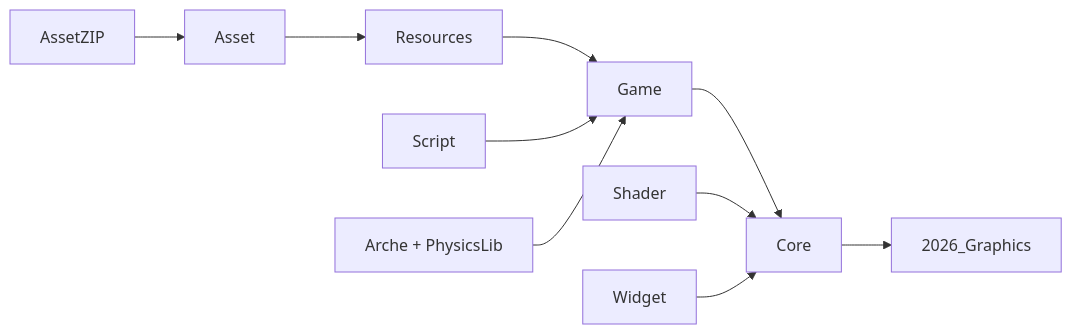
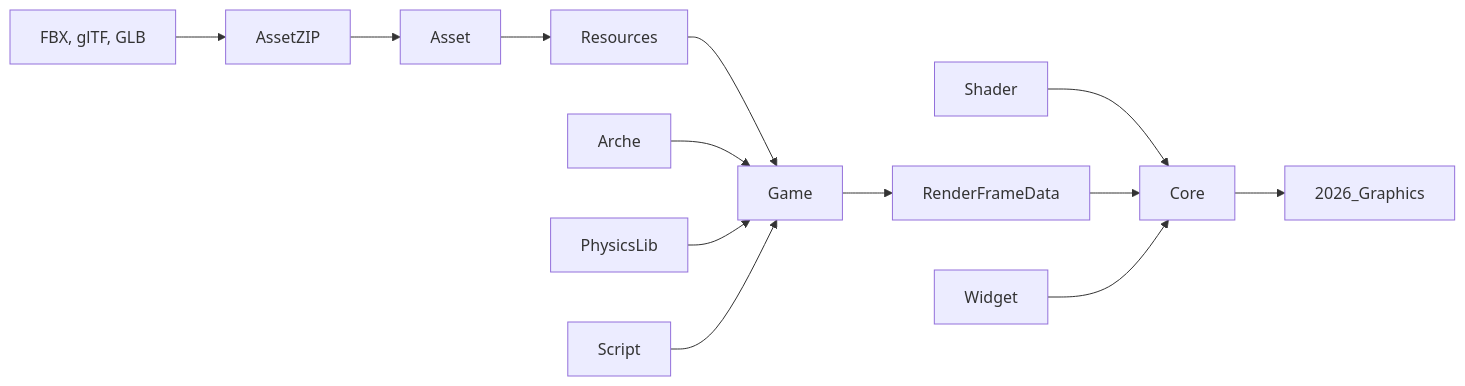
One commit to wewe231223/2026_Graphics changed the first of 8 diagrams in Readme.md. Above: the diagram before and after it, drawn with Mermaid. The commit also changed other lines of this file, not shown here.

````diff
--- a/Readme.md
+++ b/Readme.md
@@ -74,8 +46,15 @@
 ```mermaid
 flowchart LR
-    AssetZIP["AssetZIP"] --> Asset["Asset"] --> Resources["Resources"] --> Game["Game"] --> Core["Core"] --> App["2026_Graphics"]
+    SourceAsset["FBX, glTF, GLB"] --> AssetZIP["AssetZIP"]
+    AssetZIP --> Asset["Asset"]
+    Asset --> Resources["Resources"]
+    Resources --> Game["Game"]
+    Arche["Arche"] --> Game
+    PhysicsLib["PhysicsLib"] --> Game
     Script["Script"] --> Game
-    ArchePhysicsLib["Arche + PhysicsLib"] --> Game
-    Shader["Shader"] --> Core
+    Game --> FrameData["RenderFrameData"]
+    Shader["Shader"] --> Core["Core"]
+    FrameData --> Core
     Widget["Widget"] --> Core
+    Core --> App["2026_Graphics"]
 ```
````
